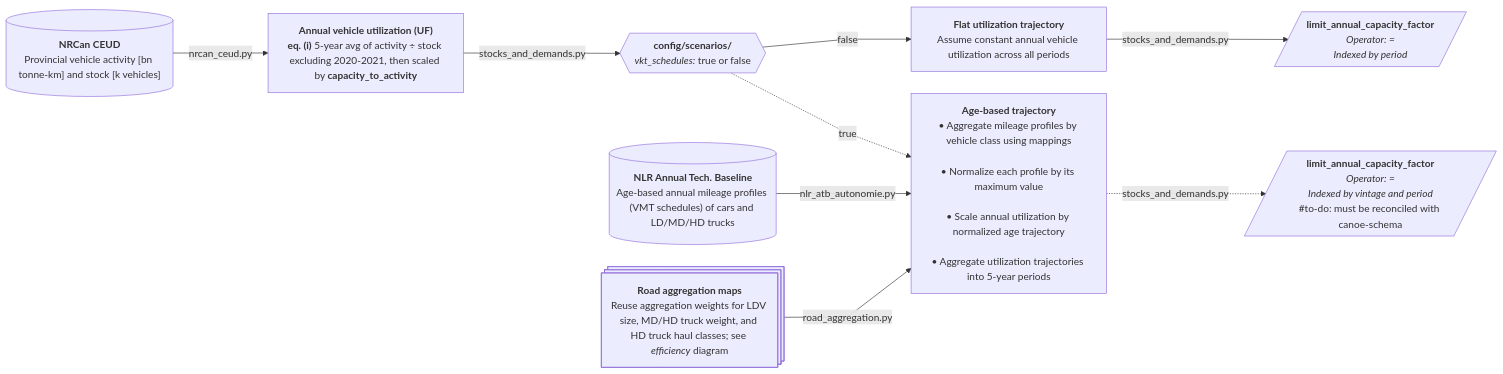
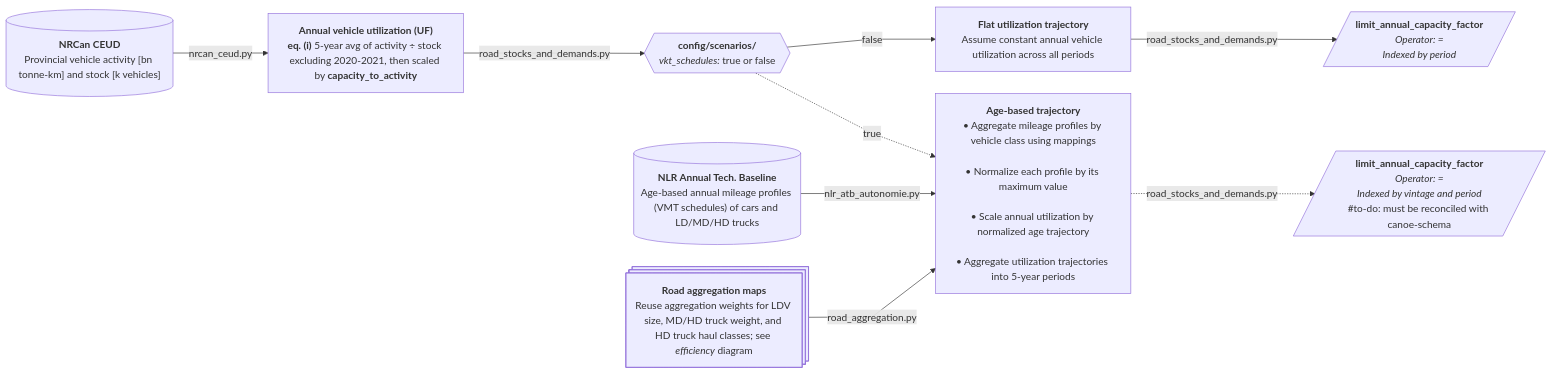
Before and after one commit to CANOE-main/canoe-transportation: the fourth of 12 diagrams in docs/etl_flowcharts.md, drawn with Mermaid. The commit also changed other lines of this file and 34 other files, not shown here.

First line of the commit message:
Add road stocks and demands module with tests

````diff
--- a/docs/etl_flowcharts.md
+++ b/docs/etl_flowcharts.md
@@ -216,56 +233,56 @@
 ```mermaid
 ---
 config:
   layout: dagre
   flowchart:
     nodeSpacing: 35
     rankSpacing: 50
     wrappingWidth: 250
     curve: linear
 ---
 flowchart LR
   %% ########### Sources ###########
   s0[("`**NRCan CEUD**
     Provincial vehicle activity [bn tonne-km] and stock [k vehicles]`")]
   s1[("`**NLR Annual Tech. Baseline**
     Age-based annual mileage profiles (VMT schedules) of cars and LD/MD/HD trucks`")]
   s2@{shape: processes, label: "**Road aggregation maps**
     Reuse aggregation weights for LDV size, MD/HD truck weight, and HD truck haul classes; see *efficiency* diagram"}
 
   %% ########### Processes ###########
   p0["`**Annual vehicle utilization (UF)**
     **eq. (i)** 5-year avg of activity ÷ stock excluding 2020-2021, then scaled by **capacity_to_activity**`"]
   s0 -- nrcan_ceud.py --> p0
 
   p1@{shape: hex, label: "**config/scenarios/**
     *vkt_schedules:* true or false"}
-  p0 -- stocks_and_demands.py --> p1
+  p0 -- road_stocks_and_demands.py --> p1
 
   p2["`**Flat utilization trajectory**
     Assume constant annual vehicle utilization across all periods`"]
   p1 -- false --> p2
 
   o1[/"`**limit_annual_capacity_factor**
     *Operator: =*
     *Indexed by period*`"/]
-  p2 -- stocks_and_demands.py --> o1
+  p2 -- road_stocks_and_demands.py --> o1
 
   p3["`**Age-based trajectory**
     • Aggregate mileage profiles by vehicle class using mappings<br>
     • Normalize each profile by its maximum value<br>
     • Scale annual utilization by normalized age trajectory<br>
     • Aggregate utilization trajectories into 5-year periods`"]
   p1 -. true .-> p3
   s1 -- nlr_atb_autonomie.py --> p3
   s2 -- road_aggregation.py --> p3
 
   o2[/"`**limit_annual_capacity_factor**
     *Operator: =*
     *Indexed by vintage and period*
     #to-do: must be reconciled with canoe-schema`"/]
-  p3 -. "stocks_and_demands.py" .-> o2
+  p3 -. "road_stocks_and_demands.py" .-> o2
 
   %% --- Hyperlinks ---
   click s0 "https://oee.nrcan.gc.ca/corporate/statistics/neud/dpa/menus/trends/comprehensive_tables/list.cfm"
   click s1 "https://atb.nlr.gov/transportation/2024/data"
 ```
````
